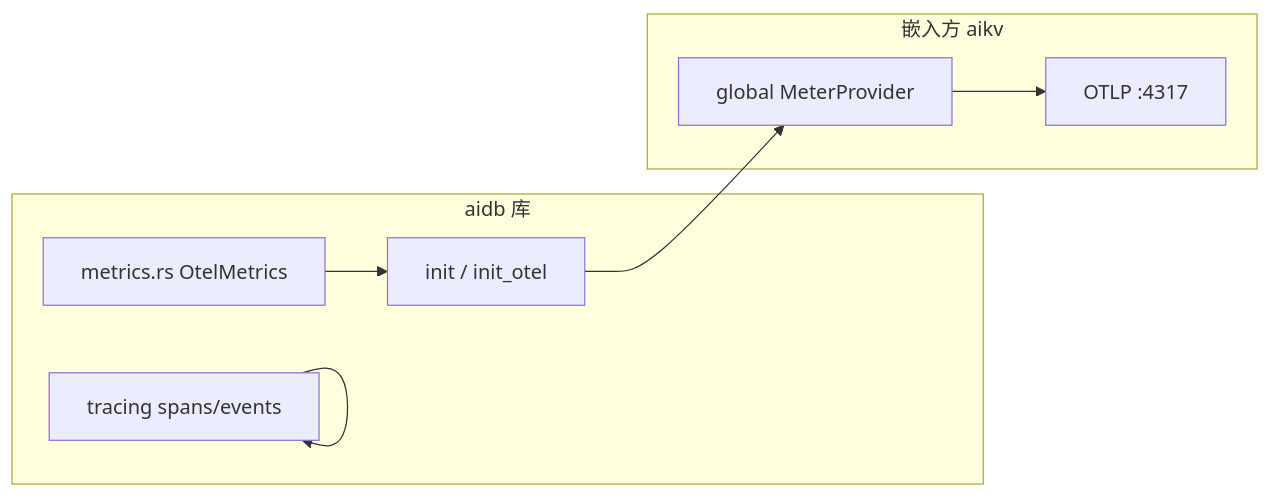
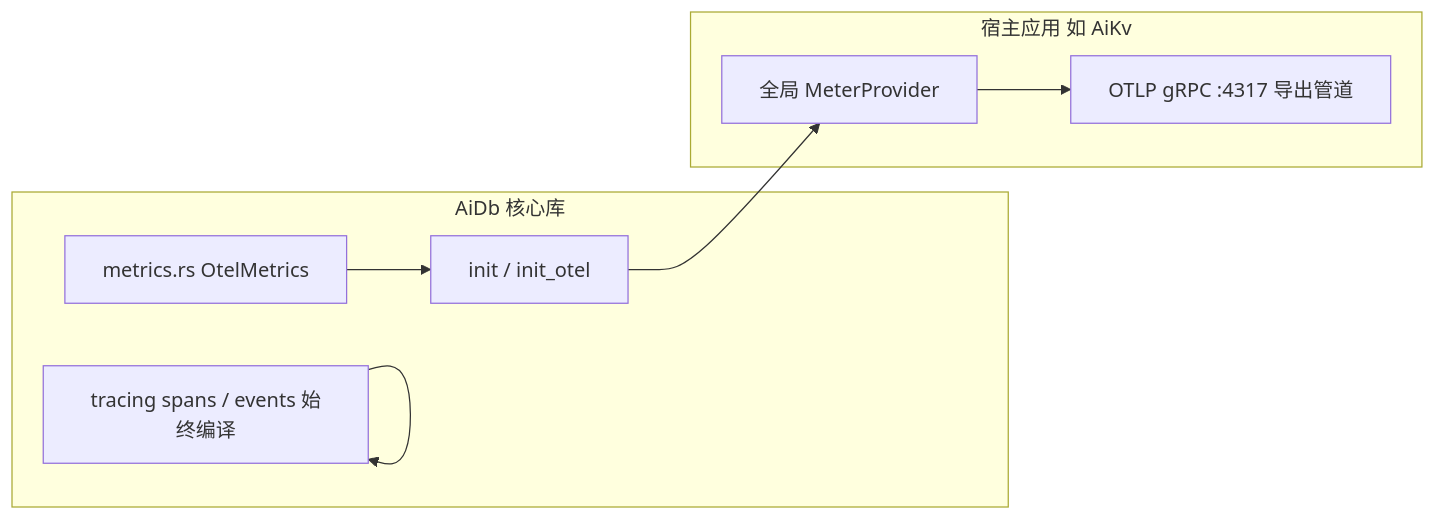
Before and after one commit to Genuineh/AiDb: the diagram in docs/modules/05-observability.md, drawn with Mermaid. The commit also changed other lines of this file and 15 other files, not shown here.

````diff
--- a/docs/modules/05-observability.md
+++ b/docs/modules/05-observability.md
@@ -35,16 +32,16 @@
 ```mermaid
 flowchart LR
-  subgraph lib [aidb 库]
-    T[tracing spans/events]
-    M[metrics.rs OtelMetrics]
-    I[init / init_otel]
-  end
-  subgraph embed [嵌入方 aikv]
-    MP[global MeterProvider]
-    OTLP[OTLP :4317]
-  end
-  T --> T
-  M --> I
-  I --> MP
-  MP --> OTLP
+    subgraph lib [AiDb 核心库]
+        T[tracing spans / events 始终编译]
+        M[metrics.rs OtelMetrics]
+        I[init / init_otel]
+    end
+    subgraph embed [宿主应用 如 AiKv]
+        MP[全局 MeterProvider]
+        OTLP[OTLP gRPC :4317 导出管道]
+    end
+    T --> T
+    M --> I
+    I --> MP
+    MP --> OTLP
 ```
````
